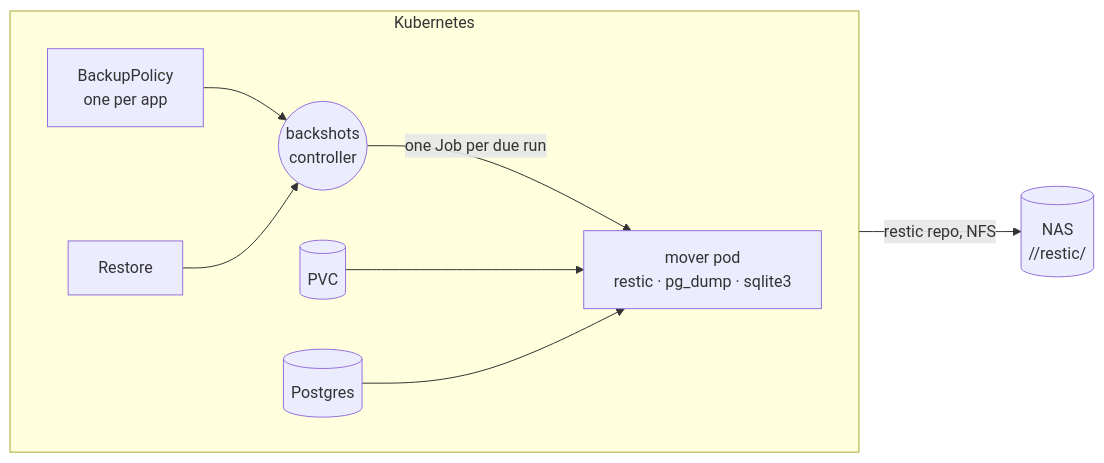
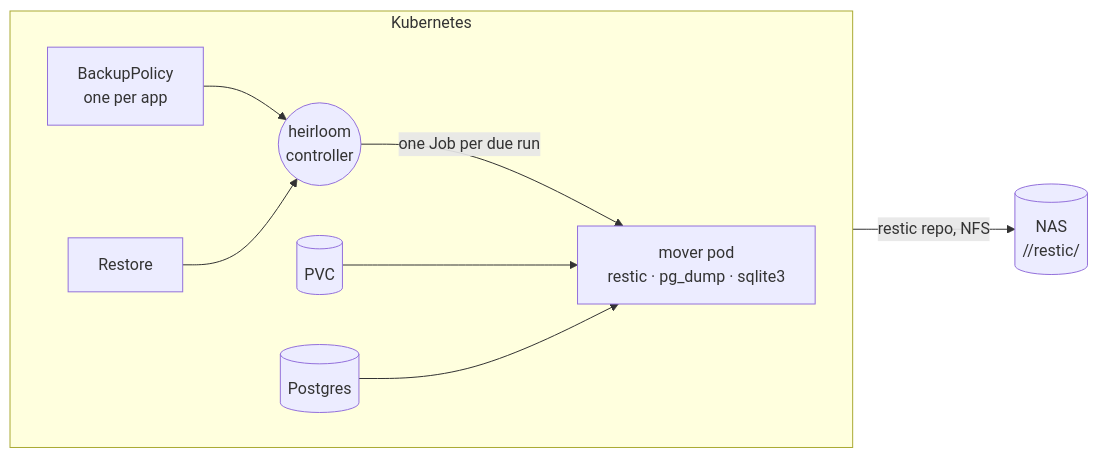
The diagram in README.md (willuhmjs/heirloom), drawn with Mermaid before and after one commit. The commit also changed other lines of this file and 89 other files, not shown here.

First line of the commit message:
release: 1.0.0 — renamed from backshots to heirloom

````diff
--- a/README.md
+++ b/README.md
@@ -157,12 +157,12 @@
 ```mermaid
 flowchart LR
   subgraph k8s[Kubernetes]
     direction LR
-    P[BackupPolicy<br/>one per app] --> C((backshots<br/>controller))
+    P[BackupPolicy<br/>one per app] --> C((heirloom<br/>controller))
     R[Restore] --> C
     C -- "one Job per due run" --> J["mover pod<br/>restic · pg_dump · sqlite3"]
     V[(PVC)] --> J
     D[(Postgres)] --> J
   end
   J -- "restic repo, NFS" --> N[("NAS<br/><namespace>/<policy>/restic/")]
 ```
````
